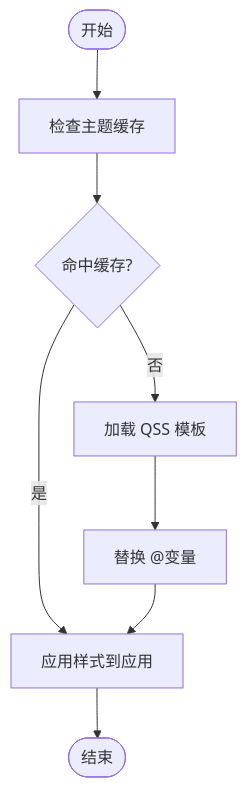
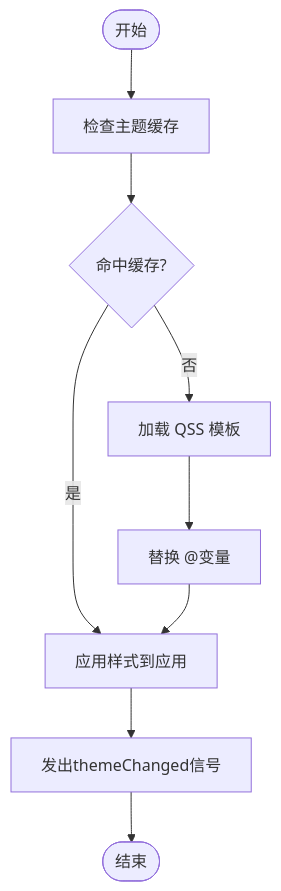
The fourth of 7 diagrams in .qoder/repowiki/zh/content/样式系统/主题管理系统.md (jakecai1225-design/OpenBus), drawn with Mermaid before and after one commit. The commit also changed other lines of this file and 15 other files, not shown here.

````diff
--- a/.qoder/repowiki/zh/content/样式系统/主题管理系统.md
+++ b/.qoder/repowiki/zh/content/样式系统/主题管理系统.md
@@ -218,10 +253,11 @@
 ```mermaid
 flowchart TD
 Start(["开始"]) --> CheckCache["检查主题缓存"]
 CheckCache --> CacheHit{"命中缓存?"}
 CacheHit --> |是| Apply["应用样式到应用"]
 CacheHit --> |否| LoadTemplate["加载 QSS 模板"]
 LoadTemplate --> ReplaceVars["替换 @变量"]
 ReplaceVars --> Apply
-Apply --> End(["结束"])
+Apply --> EmitSignal["发出themeChanged信号"]
+EmitSignal --> End(["结束"])
 ```
````
